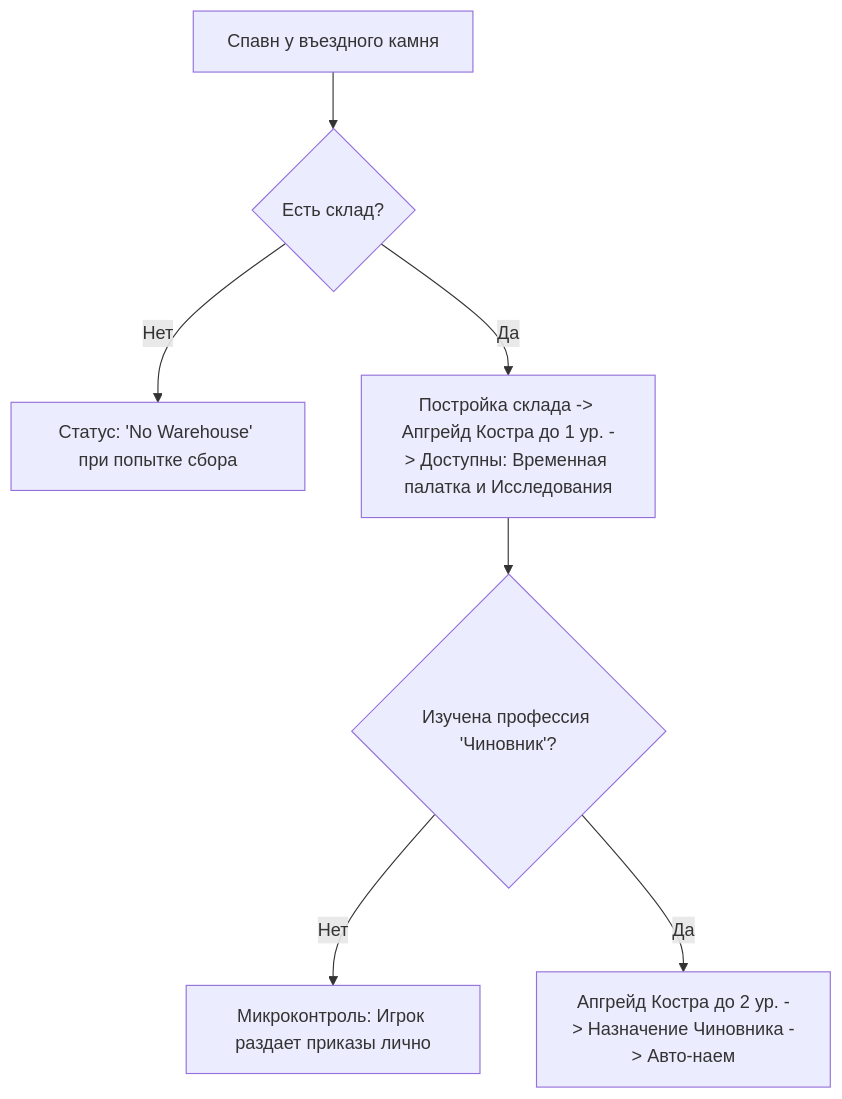
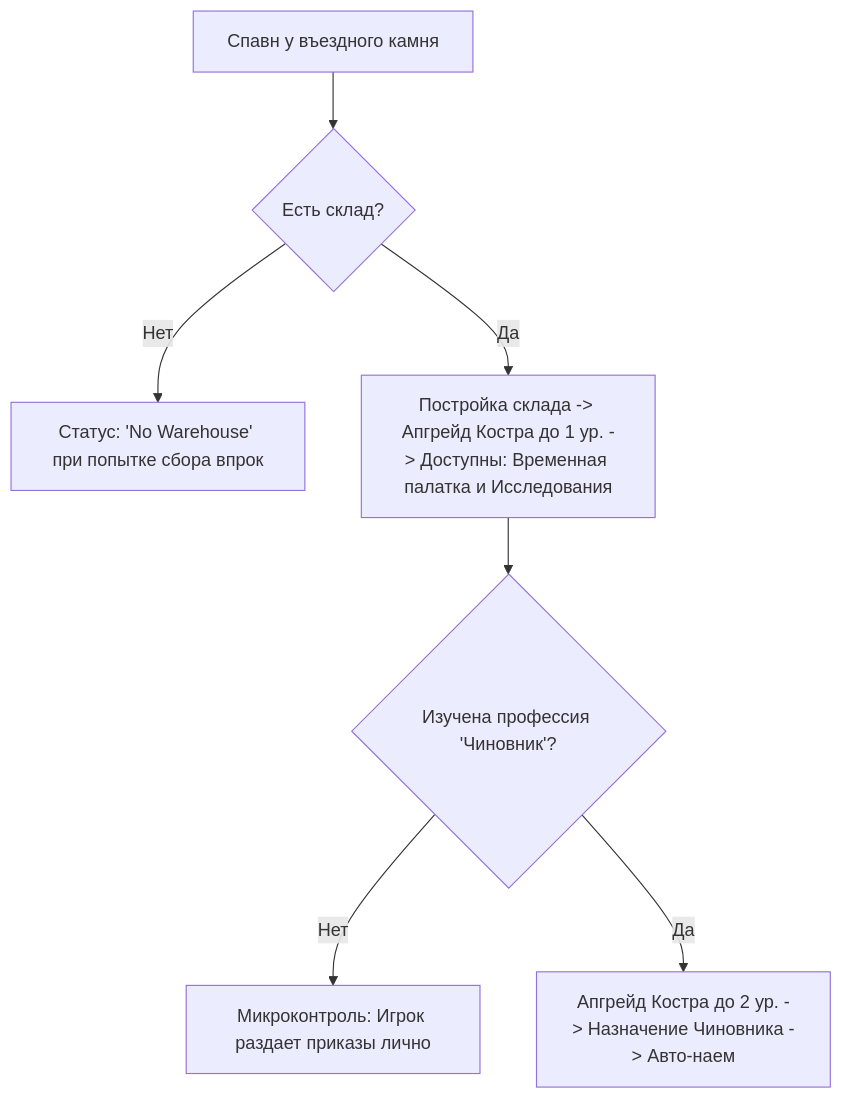
Before and after one commit to bozonx/go-to-happyness: the diagram in design_docs/tent_era_survival.md, drawn with Mermaid. The commit also changed other lines of this file, not shown here.

````diff
--- a/design_docs/tent_era_survival.md
+++ b/design_docs/tent_era_survival.md
@@ -64,9 +64,9 @@
 ```mermaid
 graph TD
     Spawn[Спавн у въездного камня] --> NoWarehouse{Есть склад?}
-    NoWarehouse -- Нет --> StatusNoWarehouse[Статус: 'No Warehouse' при попытке сбора]
+    NoWarehouse -- Нет --> StatusNoWarehouse[Статус: 'No Warehouse' при попытке сбора впрок]
     NoWarehouse -- Да --> BuildCampfire1[Постройка склада -> Апгрейд Костра до 1 ур. -> Доступны: Временная палатка и Исследования]
     BuildCampfire1 --> ResearchOfficial{Изучена профессия 'Чиновник'?}
     ResearchOfficial -- Нет --> MicroManagement[Микроконтроль: Игрок раздает приказы лично]
     ResearchOfficial -- Да --> UpgradeCampfire2[Апгрейд Костра до 2 ур. -> Назначение Чиновника -> Авто-наем]
 ```
````
